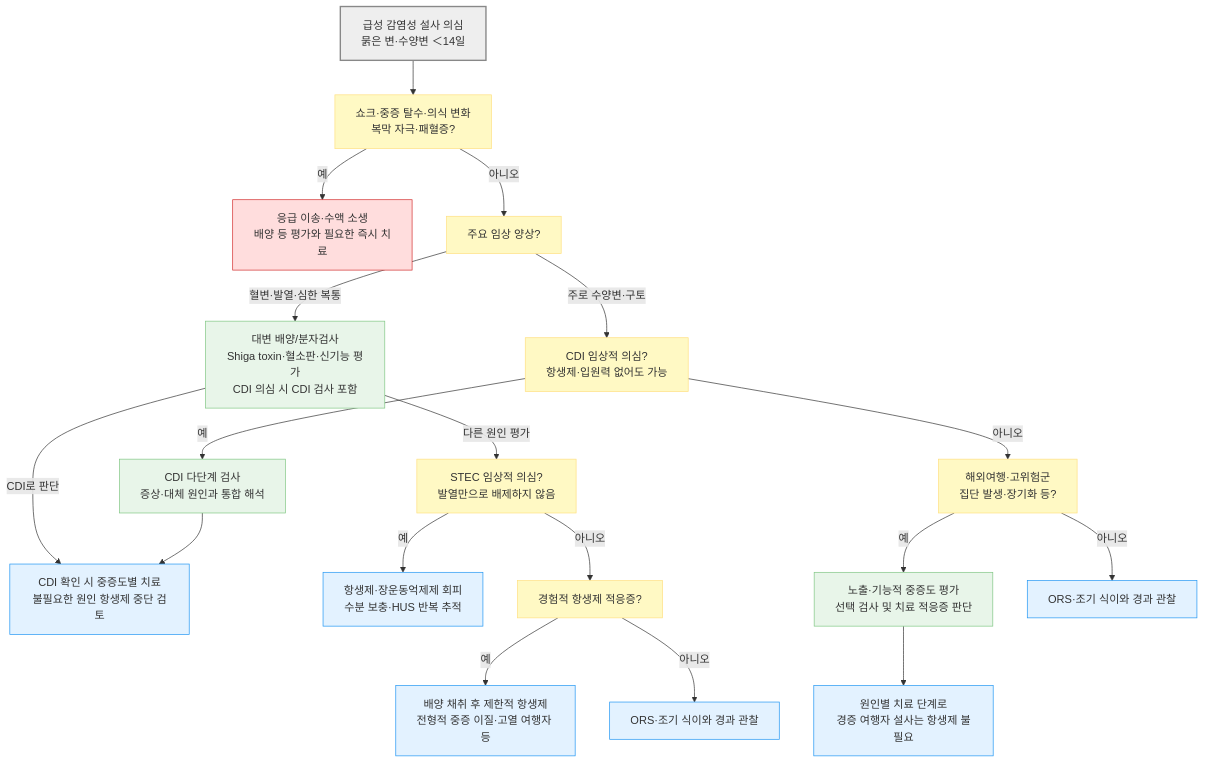
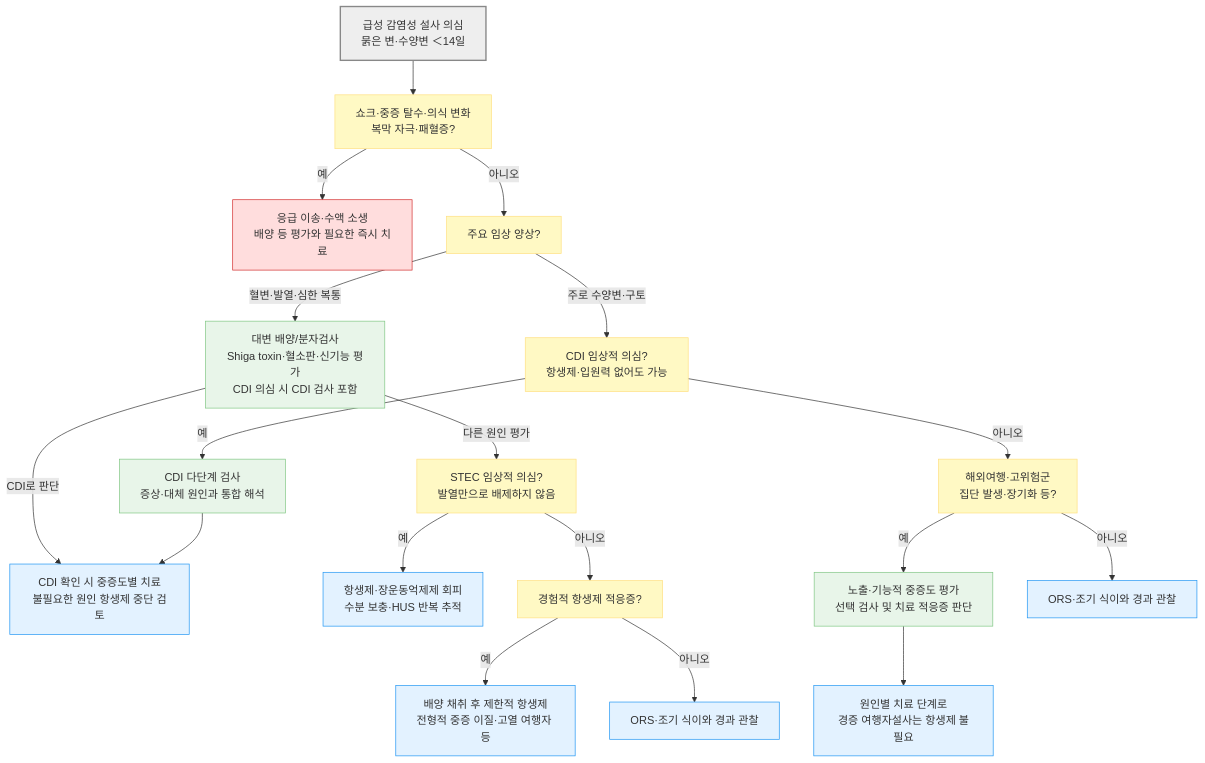
One commit to familyoh77/familyoh77 changed the diagram in 224_/085_-acute-infectious-diarrhea.md. Above: the diagram before and after it, drawn with Mermaid. The commit also changed other lines of this file and 2 other files, not shown here.

````diff
--- a/224_/085_-acute-infectious-diarrhea.md
+++ b/224_/085_-acute-infectious-diarrhea.md
@@ -207,31 +203,31 @@
 ```mermaid
 flowchart TD
     A["급성 감염성 설사 의심<br/>묽은 변·수양변 ＜14일"] --> U["쇼크·중증 탈수·의식 변화<br/>복막 자극·패혈증?"]
     U -- "예" --> E["응급 이송·수액 소생<br/>배양 등 평가와 필요한 즉시 치료"]
     U -- "아니오" --> P["주요 임상 양상?"]
     P -- "혈변·발열·심한 복통" --> B["대변 배양/분자검사<br/>Shiga toxin·혈소판·신기능 평가<br/>CDI 의심 시 CDI 검사 포함"]
     B -- "CDI로 판단" --> CD
     B -- "다른 원인 평가" --> Q["STEC 임상적 의심?<br/>발열만으로 배제하지 않음"]
     Q -- "예" --> S["항생제·장운동억제제 회피<br/>수분 보충·HUS 반복 추적"]
     Q -- "아니오" --> I["경험적 항생제 적응증?"]
     I -- "예" --> AB["배양 채취 후 제한적 항생제<br/>전형적 중증 이질·고열 여행자 등"]
     I -- "아니오" --> W1["ORS·조기 식이와 경과 관찰"]
     P -- "주로 수양변·구토" --> C["CDI 임상적 의심?<br/>항생제·입원력 없어도 가능"]
     C -- "예" --> CT["CDI 다단계 검사<br/>증상·대체 원인과 통합 해석"]
     CT --> CD["CDI 확인 시 중증도별 치료<br/>불필요한 원인 항생제 중단 검토"]
     C -- "아니오" --> T["해외여행·고위험군<br/>집단 발생·장기화 등?"]
     T -- "예" --> X["노출·기능적 중증도 평가<br/>선택 검사 및 치료 적응증 판단"]
-    X --> N["원인별 치료 단계로<br/>경증 여행자 설사는 항생제 불필요"]
+    X --> N["원인별 치료 단계로<br/>경증 여행자설사는 항생제 불필요"]
     T -- "아니오" --> W2["ORS·조기 식이와 경과 관찰"]
     classDef neutral fill:#eeeeee,stroke:#888888,stroke-width:2px
     classDef question fill:#fff9c4,stroke:#ffe082
     classDef test fill:#e8f5e9,stroke:#81c784
     classDef treatment fill:#e3f2ff,stroke:#2196f3
     classDef emergency fill:#ffdddd,stroke:#d32f2f
     class A neutral
     class U,P,Q,I,C,T question
     class B,CT,X test
     class S,AB,CD,W1,W2,N treatment
     class E emergency
 
 ```
````
